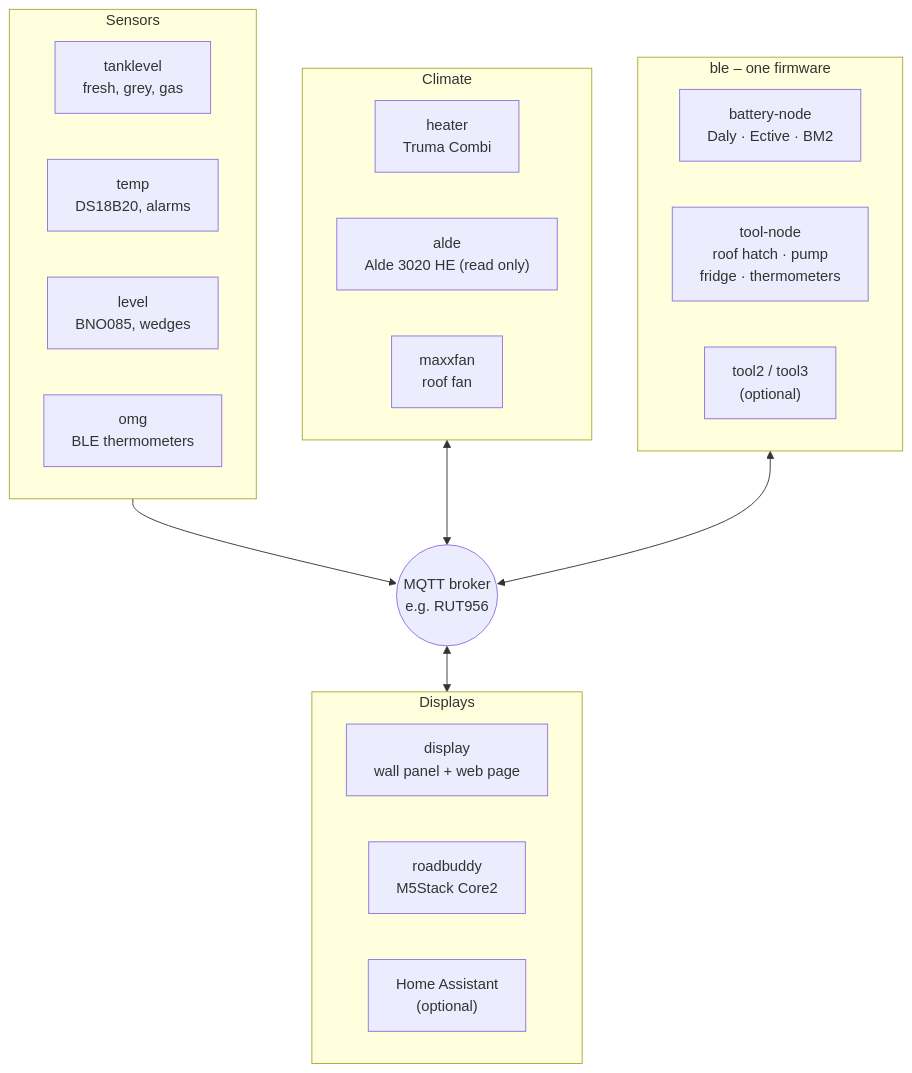
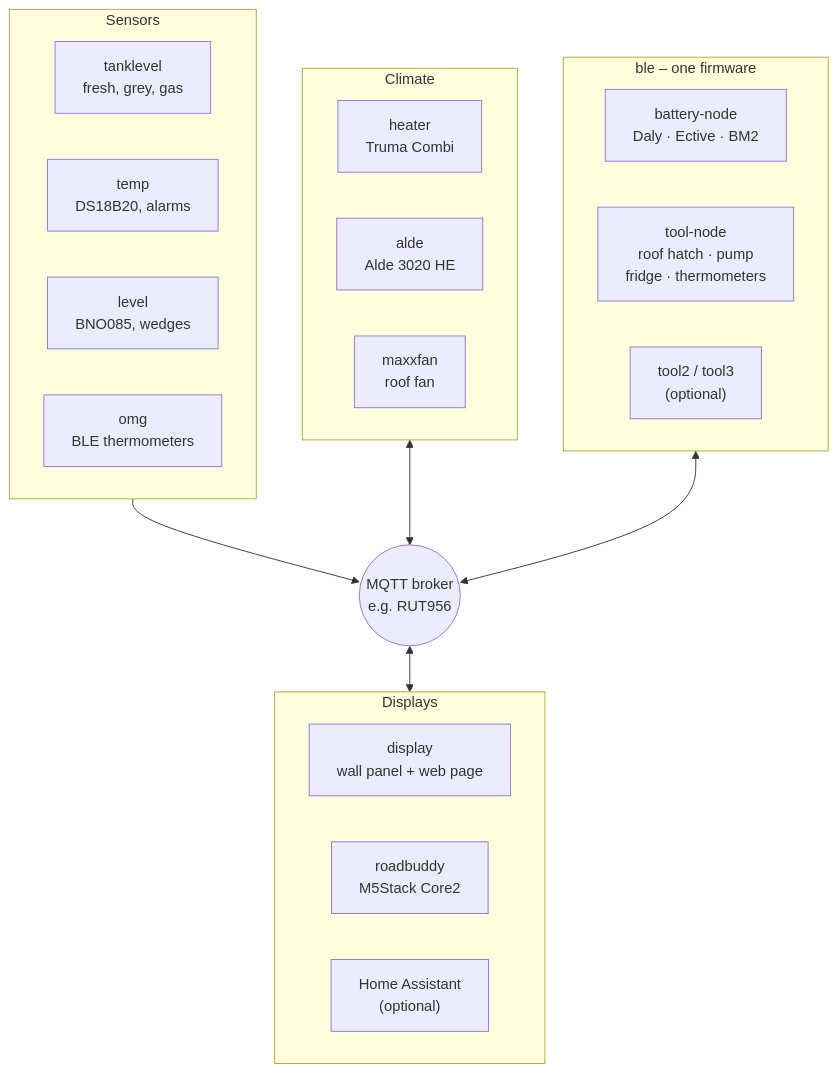
Before and after one commit to hflocki/vannode: the diagram in README.md, drawn with Mermaid. The commit also changed other lines of this file and 16 other files, not shown here.

````diff
--- a/README.md
+++ b/README.md
@@ -29,29 +29,29 @@
 ```mermaid
 flowchart TB
   subgraph sens["Sensors"]
     tank["tanklevel<br/>fresh, grey, gas"]
     temp["temp<br/>DS18B20, alarms"]
     level["level<br/>BNO085, wedges"]
     omg["omg<br/>BLE thermometers"]
   end
   subgraph clim["Climate"]
     heater["heater<br/>Truma Combi"]
-    alde["alde<br/>Alde 3020 HE (read only)"]
+    alde["alde<br/>Alde 3020 HE"]
     fan["maxxfan<br/>roof fan"]
   end
   subgraph ble["ble – one firmware"]
     bat["battery-node<br/>Daly · Ective · BM2"]
     tool["tool-node<br/>roof hatch · pump<br/>fridge · thermometers"]
     more["tool2 / tool3<br/>(optional)"]
   end
   broker(("MQTT broker<br/>e.g. RUT956"))
   subgraph ui["Displays"]
     display["display<br/>wall panel + web page"]
     rb["roadbuddy<br/>M5Stack Core2"]
     ha["Home Assistant<br/>(optional)"]
   end
   sens --> broker
   clim <--> broker
   ble <--> broker
   broker <--> ui
 ```
````
